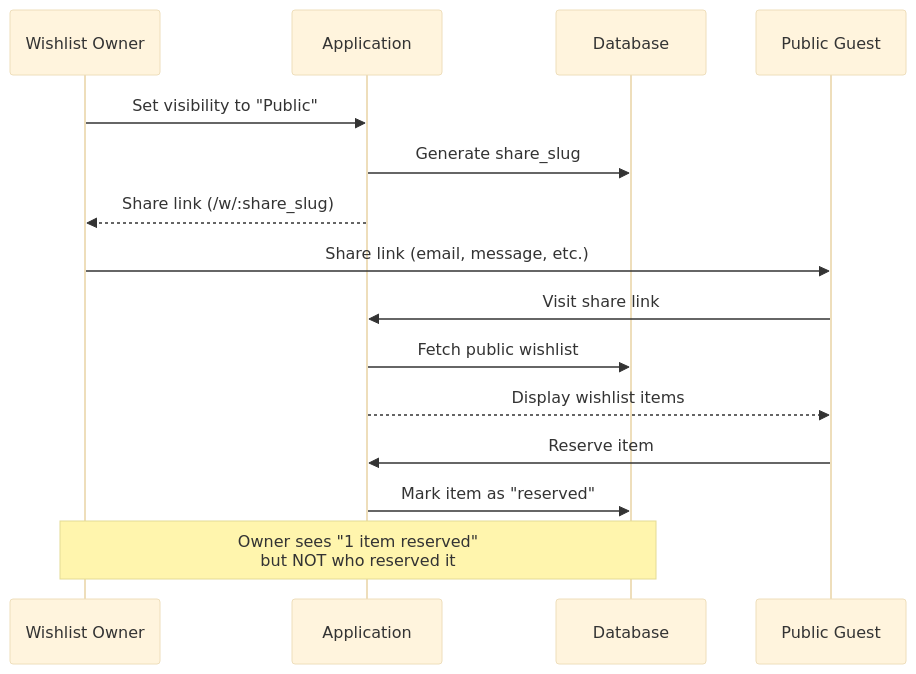
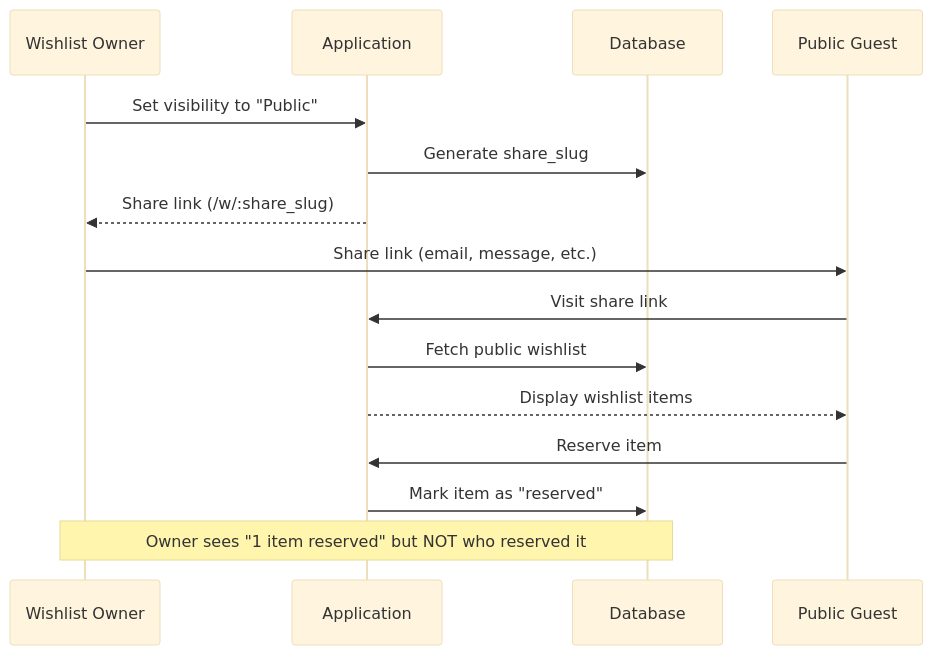
Before and after one commit to YauheniX/family-logistics-dashboard: the third of 5 diagrams in docs/user-guide.md, drawn with Mermaid (base theme).

Commit message:
Fix Mermaid compatibility: remove HTML br tag from sequence diagram note

````diff
--- a/docs/user-guide.md
+++ b/docs/user-guide.md
@@ -437,18 +437,18 @@
 ```mermaid
 sequenceDiagram
     participant Owner as Wishlist Owner
     participant App as Application
     participant DB as Database
     participant Guest as Public Guest
 
     Owner->>App: Set visibility to "Public"
     App->>DB: Generate share_slug
     App-->>Owner: Share link (/w/:share_slug)
     Owner->>Guest: Share link (email, message, etc.)
     Guest->>App: Visit share link
     App->>DB: Fetch public wishlist
     App-->>Guest: Display wishlist items
     Guest->>App: Reserve item
     App->>DB: Mark item as "reserved"
-    Note over Owner,DB: Owner sees "1 item reserved"<br/>but NOT who reserved it
+    Note over Owner,DB: Owner sees "1 item reserved" but NOT who reserved it
 ```
````
